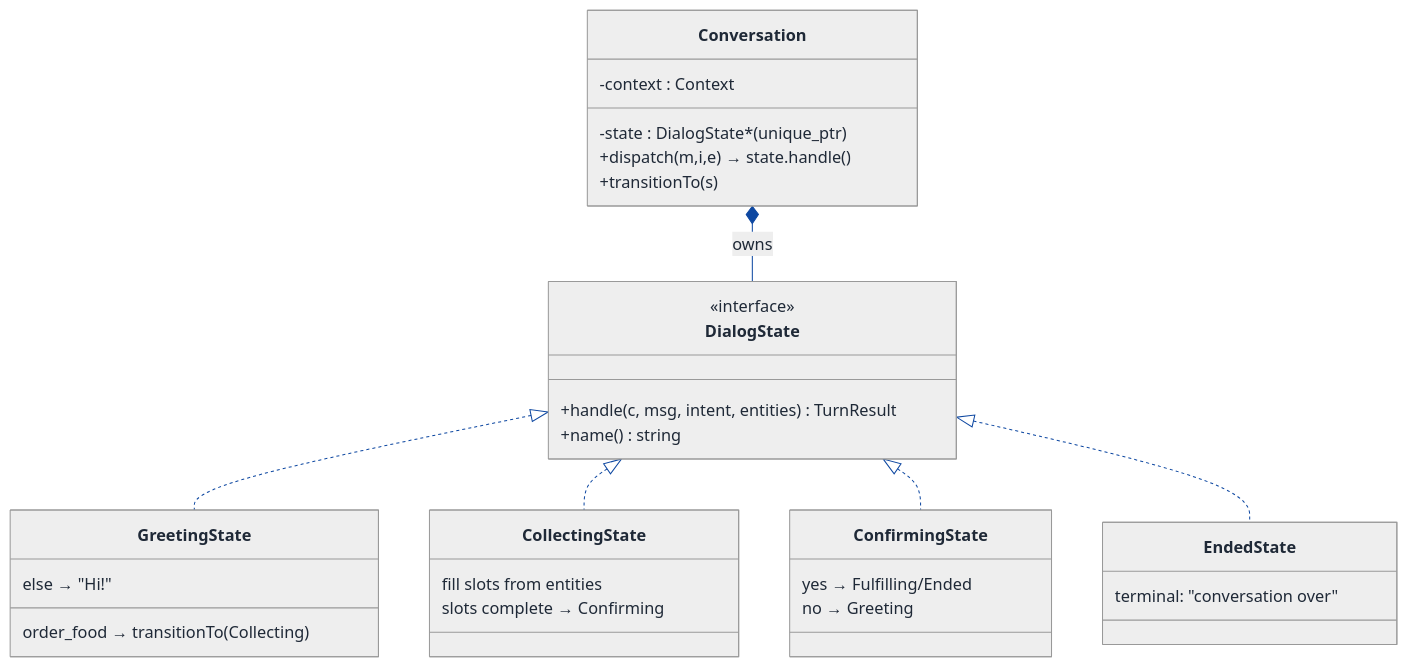
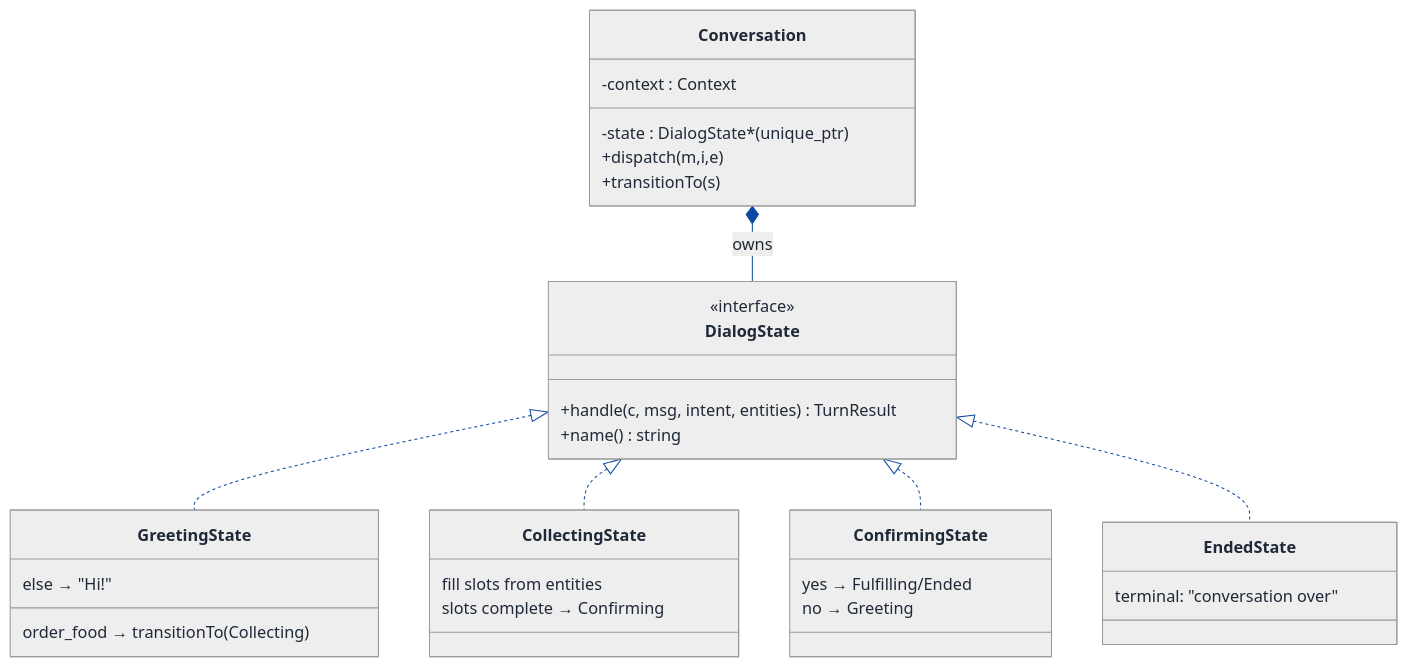
One commit to Prateek-5/question-bank changed the second of 9 diagrams in LLD/Topics/State_Pattern/Chatbot_Framework.md. Above: the diagram before and after it, drawn with Mermaid. The commit also changed other lines of this file and 61 other files, not shown here.

First line of the commit message:
Fix invalid mermaid classDiagram member syntax across LLD walkthroughs

````diff
--- a/LLD/Topics/State_Pattern/Chatbot_Framework.md
+++ b/LLD/Topics/State_Pattern/Chatbot_Framework.md
@@ -429,67 +429,67 @@
 ```mermaid
 ---
 config:
   theme: neutral
   themeVariables:
     background: '#ffffff'
     primaryColor: '#cfe2ff'
     primaryTextColor: '#1f2937'
     primaryBorderColor: '#084298'
     secondaryColor: '#fff3cd'
     secondaryTextColor: '#1f2937'
     secondaryBorderColor: '#664d03'
     tertiaryColor: '#d1e7dd'
     tertiaryTextColor: '#1f2937'
     tertiaryBorderColor: '#0a3622'
     lineColor: '#0d47a1'
     textColor: '#1f2937'
     noteBkgColor: '#fff3cd'
     noteTextColor: '#1f2937'
     noteBorderColor: '#997404'
     actorBkg: '#cfe2ff'
     actorBorder: '#084298'
     actorTextColor: '#1f2937'
     signalColor: '#0d47a1'
     signalTextColor: '#1f2937'
     labelBoxBkgColor: '#ffffff'
     labelBoxBorderColor: '#d3d3d3'
     labelTextColor: '#1f2937'
     edgeLabelBackground: '#ffffff'
     labelBackground: '#ffffff'
     classText: '#1f2937'
     fontFamily: 'system-ui, -apple-system, Segoe UI, Helvetica, Arial, sans-serif'
 ---
 classDiagram
   direction TB
   class Conversation {
     -state : DialogState* (unique_ptr)
     -context : Context
-    +dispatch(m,i,e) → state.handle()
+    +dispatch(m,i,e)
     +transitionTo(s)
   }
   class DialogState {
     <<interface>>
     +handle(c, msg, intent, entities) TurnResult
     +name() string
   }
   class GreetingState {
     order_food → transitionTo(Collecting)
     else → "Hi!"
   }
   class CollectingState {
     fill slots from entities
     slots complete → Confirming
   }
   class ConfirmingState {
     yes → Fulfilling/Ended
     no → Greeting
   }
   class EndedState {
     terminal: "conversation over"
   }
   Conversation *-- DialogState : owns
   DialogState <|.. GreetingState
   DialogState <|.. CollectingState
   DialogState <|.. ConfirmingState
   DialogState <|.. EndedState
 ```
````
